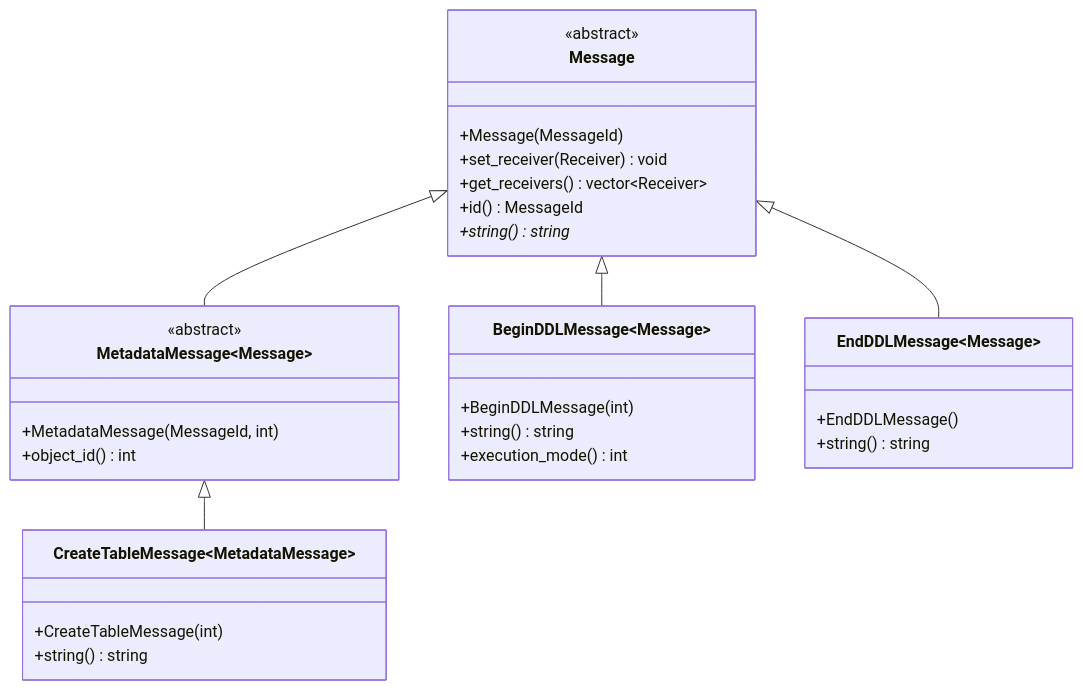
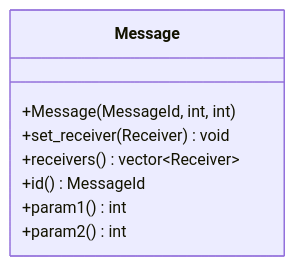
Before and after one commit to project-tsurugi/metadata-manager: the second of 3 diagrams in message-broker/docs/message-broker.md, drawn with Mermaid. The commit also changed other lines of this file, not shown here.

````diff
--- a/message-broker/docs/message-broker.md
+++ b/message-broker/docs/message-broker.md
@@ -33,39 +33,12 @@
 ```mermaid
 classDiagram
 
 class Message {
-  <<abstract>>
-  +Message(MessageId)
+  +Message(MessageId, int, int)
   +set_receiver(Receiver) void
-  +get_receivers() vector~Receiver~
+  +receivers() vector~Receiver~
   +id() MessageId
-  +string()* string
+  +param1() int
+  +param2() int
 }
-
-class MetadataMessage~Message~ {
-  <<abstract>>
-  +MetadataMessage(MessageId, int)
-  +object_id() int
-}
-
-class BeginDDLMessage~Message~ {
-  +BeginDDLMessage(int)
-  +string() string
-  +execution_mode() int
-}
-
-class EndDDLMessage~Message~ {
-  +EndDDLMessage()
-  +string() string
-}
-
-class CreateTableMessage~MetadataMessage~ {
-  +CreateTableMessage(int)
-  +string() string
-}
-
-Message <|-- MetadataMessage
-MetadataMessage <|-- CreateTableMessage
-Message <|-- BeginDDLMessage
-Message <|-- EndDDLMessage
 ```
````
